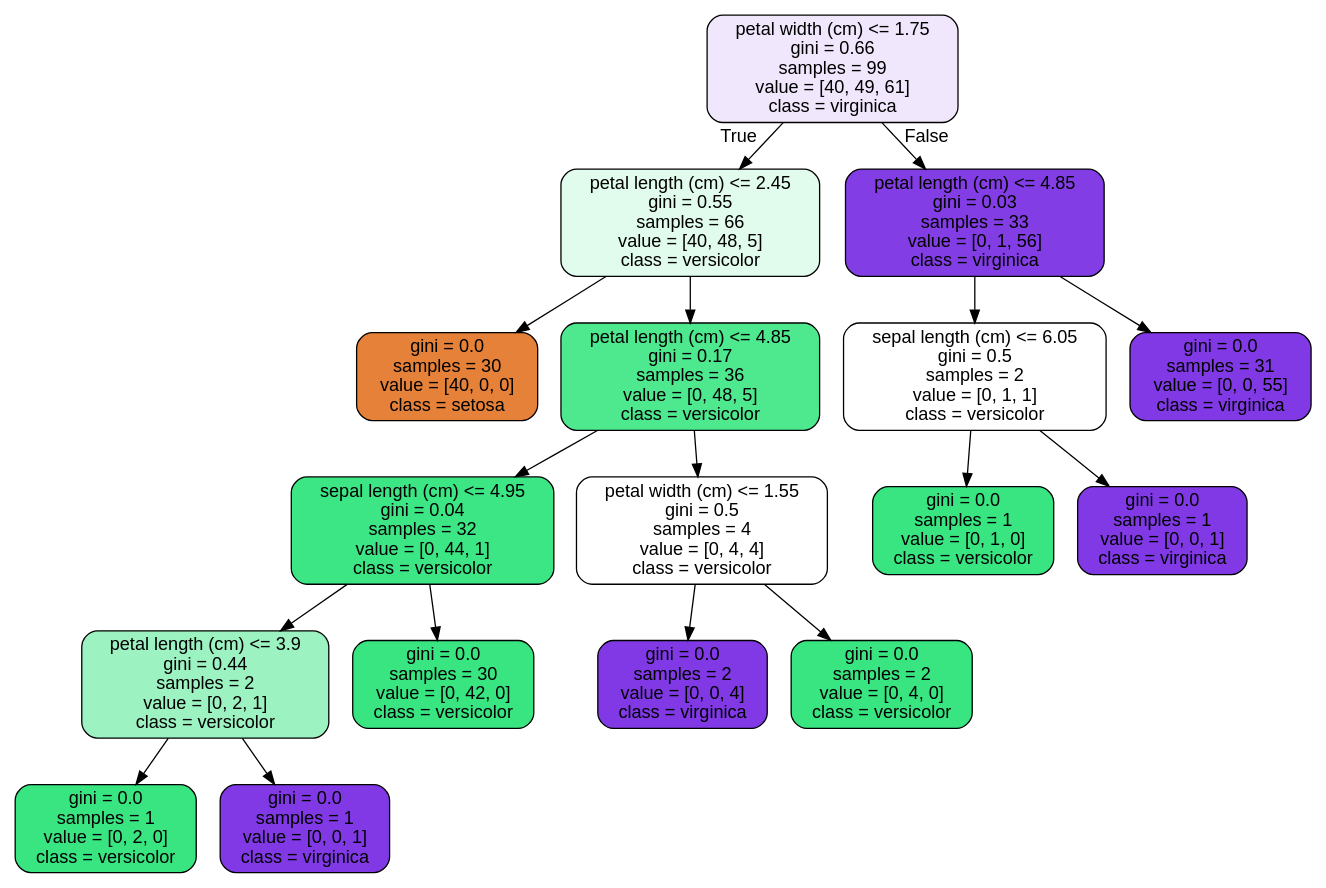
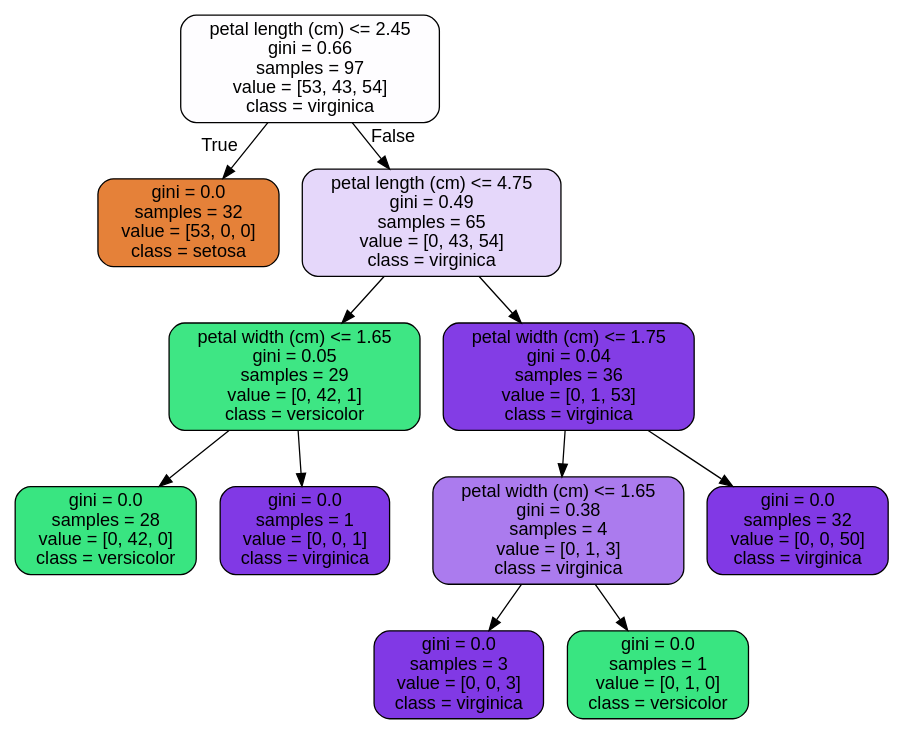
One commit to gabbycjames/RandomForest changed the diagram in tree.dot. Above: the diagram before and after it, drawn with Graphviz. The commit also changed 3 other files, not shown here.

```diff
--- a/tree.dot
+++ b/tree.dot
@@ -1,37 +1,25 @@
 digraph Tree {
 node [shape=box, style="filled, rounded", color="black", fontname="helvetica"] ;
 edge [fontname="helvetica"] ;
-0 [label="petal width (cm) <= 1.75\ngini = 0.66\nsamples = 99\nvalue = [40, 49, 61]\nclass = virginica", fillcolor="#f0e7fc"] ;
-1 [label="petal length (cm) <= 2.45\ngini = 0.55\nsamples = 66\nvalue = [40, 48, 5]\nclass = versicolor", fillcolor="#e1fbec"] ;
+0 [label="petal length (cm) <= 2.45\ngini = 0.66\nsamples = 97\nvalue = [53, 43, 54]\nclass = virginica", fillcolor="#fefdff"] ;
+1 [label="gini = 0.0\nsamples = 32\nvalue = [53, 0, 0]\nclass = setosa", fillcolor="#e58139"] ;
 0 -> 1 [labeldistance=2.5, labelangle=45, headlabel="True"] ;
-2 [label="gini = 0.0\nsamples = 30\nvalue = [40, 0, 0]\nclass = setosa", fillcolor="#e58139"] ;
-1 -> 2 ;
-3 [label="petal length (cm) <= 4.85\ngini = 0.17\nsamples = 36\nvalue = [0, 48, 5]\nclass = versicolor", fillcolor="#4ee88e"] ;
-1 -> 3 ;
-4 [label="sepal length (cm) <= 4.95\ngini = 0.04\nsamples = 32\nvalue = [0, 44, 1]\nclass = versicolor", fillcolor="#3de684"] ;
+2 [label="petal length (cm) <= 4.75\ngini = 0.49\nsamples = 65\nvalue = [0, 43, 54]\nclass = virginica", fillcolor="#e5d7fa"] ;
+0 -> 2 [labeldistance=2.5, labelangle=-45, headlabel="False"] ;
+3 [label="petal width (cm) <= 1.65\ngini = 0.05\nsamples = 29\nvalue = [0, 42, 1]\nclass = versicolor", fillcolor="#3ee684"] ;
+2 -> 3 ;
+4 [label="gini = 0.0\nsamples = 28\nvalue = [0, 42, 0]\nclass = versicolor", fillcolor="#39e581"] ;
 3 -> 4 ;
-5 [label="petal length (cm) <= 3.9\ngini = 0.44\nsamples = 2\nvalue = [0, 2, 1]\nclass = versicolor", fillcolor="#9cf2c0"] ;
-4 -> 5 ;
-6 [label="gini = 0.0\nsamples = 1\nvalue = [0, 2, 0]\nclass = versicolor", fillcolor="#39e581"] ;
-5 -> 6 ;
-7 [label="gini = 0.0\nsamples = 1\nvalue = [0, 0, 1]\nclass = virginica", fillcolor="#8139e5"] ;
-5 -> 7 ;
-8 [label="gini = 0.0\nsamples = 30\nvalue = [0, 42, 0]\nclass = versicolor", fillcolor="#39e581"] ;
-4 -> 8 ;
-9 [label="petal width (cm) <= 1.55\ngini = 0.5\nsamples = 4\nvalue = [0, 4, 4]\nclass = versicolor", fillcolor="#ffffff"] ;
-3 -> 9 ;
-10 [label="gini = 0.0\nsamples = 2\nvalue = [0, 0, 4]\nclass = virginica", fillcolor="#8139e5"] ;
-9 -> 10 ;
-11 [label="gini = 0.0\nsamples = 2\nvalue = [0, 4, 0]\nclass = versicolor", fillcolor="#39e581"] ;
-9 -> 11 ;
-12 [label="petal length (cm) <= 4.85\ngini = 0.03\nsamples = 33\nvalue = [0, 1, 56]\nclass = virginica", fillcolor="#833de5"] ;
-0 -> 12 [labeldistance=2.5, labelangle=-45, headlabel="False"] ;
-13 [label="sepal length (cm) <= 6.05\ngini = 0.5\nsamples = 2\nvalue = [0, 1, 1]\nclass = versicolor", fillcolor="#ffffff"] ;
-12 -> 13 ;
-14 [label="gini = 0.0\nsamples = 1\nvalue = [0, 1, 0]\nclass = versicolor", fillcolor="#39e581"] ;
-13 -> 14 ;
-15 [label="gini = 0.0\nsamples = 1\nvalue = [0, 0, 1]\nclass = virginica", fillcolor="#8139e5"] ;
-13 -> 15 ;
-16 [label="gini = 0.0\nsamples = 31\nvalue = [0, 0, 55]\nclass = virginica", fillcolor="#8139e5"] ;
-12 -> 16 ;
+5 [label="gini = 0.0\nsamples = 1\nvalue = [0, 0, 1]\nclass = virginica", fillcolor="#8139e5"] ;
+3 -> 5 ;
+6 [label="petal width (cm) <= 1.75\ngini = 0.04\nsamples = 36\nvalue = [0, 1, 53]\nclass = virginica", fillcolor="#833de5"] ;
+2 -> 6 ;
+7 [label="petal width (cm) <= 1.65\ngini = 0.38\nsamples = 4\nvalue = [0, 1, 3]\nclass = virginica", fillcolor="#ab7bee"] ;
+6 -> 7 ;
+8 [label="gini = 0.0\nsamples = 3\nvalue = [0, 0, 3]\nclass = virginica", fillcolor="#8139e5"] ;
+7 -> 8 ;
+9 [label="gini = 0.0\nsamples = 1\nvalue = [0, 1, 0]\nclass = versicolor", fillcolor="#39e581"] ;
+7 -> 9 ;
+10 [label="gini = 0.0\nsamples = 32\nvalue = [0, 0, 50]\nclass = virginica", fillcolor="#8139e5"] ;
+6 -> 10 ;
 }
```
